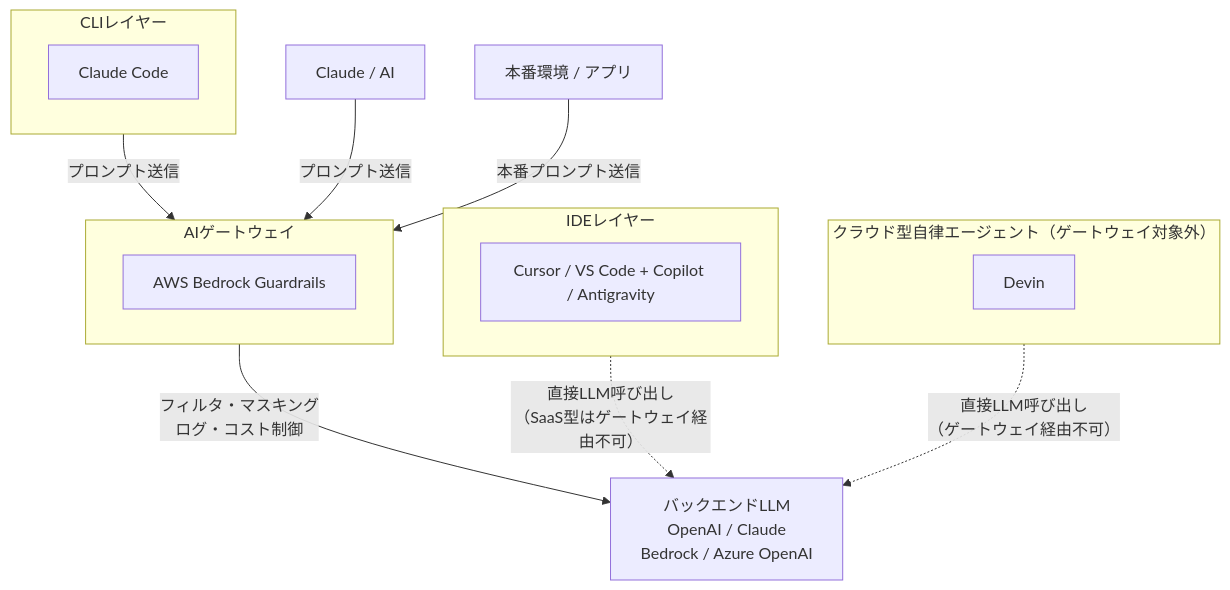
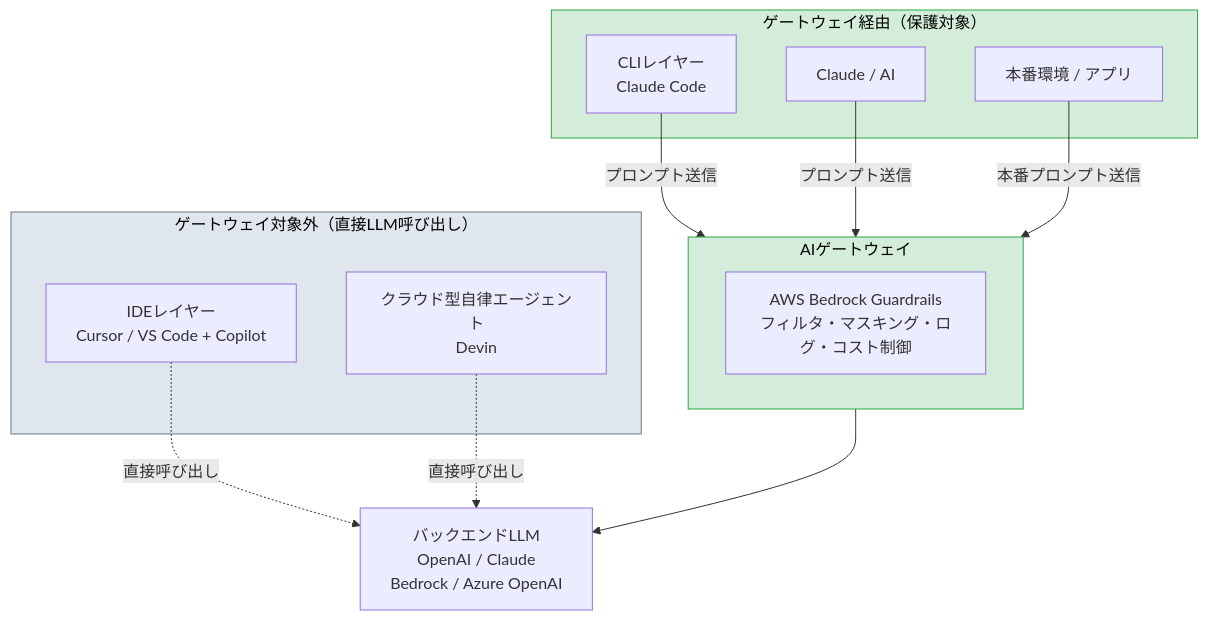
Before and after one commit to takuma39/ai: diagram 20 of 44 in AI駆動開発.md, drawn with Mermaid.

Commit message:
update: AI駆動開発.mdを更新

````diff
--- a/AI駆動開発.md
+++ b/AI駆動開発.md
@@ -760,30 +760,30 @@
 ```mermaid
 graph TD
-    subgraph ide["IDEレイヤー"]
-        Cursor["Cursor / VS Code + Copilot / Antigravity"]
+    subgraph protected["ゲートウェイ経由（保護対象）"]
+        cli["CLIレイヤー<br/>Claude Code"]
+        Claude["Claude / AI"]
+        Prod["本番環境 / アプリ"]
     end
 
-    subgraph cli["CLIレイヤー"]
-        CC["Claude Code"]
-    end
-
-    Claude["Claude / AI"]
-    Prod["本番環境 / アプリ"]
-
     subgraph gateway["AIゲートウェイ"]
-        GWProxy["AWS Bedrock Guardrails"]
+        GWProxy["AWS Bedrock Guardrails<br/>フィルタ・マスキング・ログ・コスト制御"]
     end
 
     LLM["バックエンドLLM<br/>OpenAI / Claude<br/>Bedrock / Azure OpenAI"]
 
-    subgraph saas_agent["クラウド型自律エージェント（ゲートウェイ対象外）"]
-        Devin["Devin"]
+    subgraph unprotected["ゲートウェイ対象外（直接LLM呼び出し）"]
+        ide["IDEレイヤー<br/>Cursor / VS Code + Copilot"]
+        saas_agent["クラウド型自律エージェント<br/>Devin"]
     end
 
     cli -->|"プロンプト送信"| gateway
     Claude -->|"プロンプト送信"| gateway
     Prod -->|"本番プロンプト送信"| gateway
-    gateway -->|"フィルタ・マスキング<br/>ログ・コスト制御"| LLM
-    ide -.->|"直接LLM呼び出し<br/>（SaaS型はゲートウェイ経由不可）"| LLM
-    saas_agent -.->|"直接LLM呼び出し<br/>（ゲートウェイ経由不可）"| LLM
+    gateway --> LLM
+    ide -.->|"直接呼び出し"| LLM
+    saas_agent -.->|"直接呼び出し"| LLM
+
+    style protected fill:#d4edda,stroke:#28a745,color:#000
+    style unprotected fill:#e0e6ed,stroke:#6c7a89,color:#000
+    style gateway fill:#d4edda,stroke:#28a745,color:#000
 ```
````
